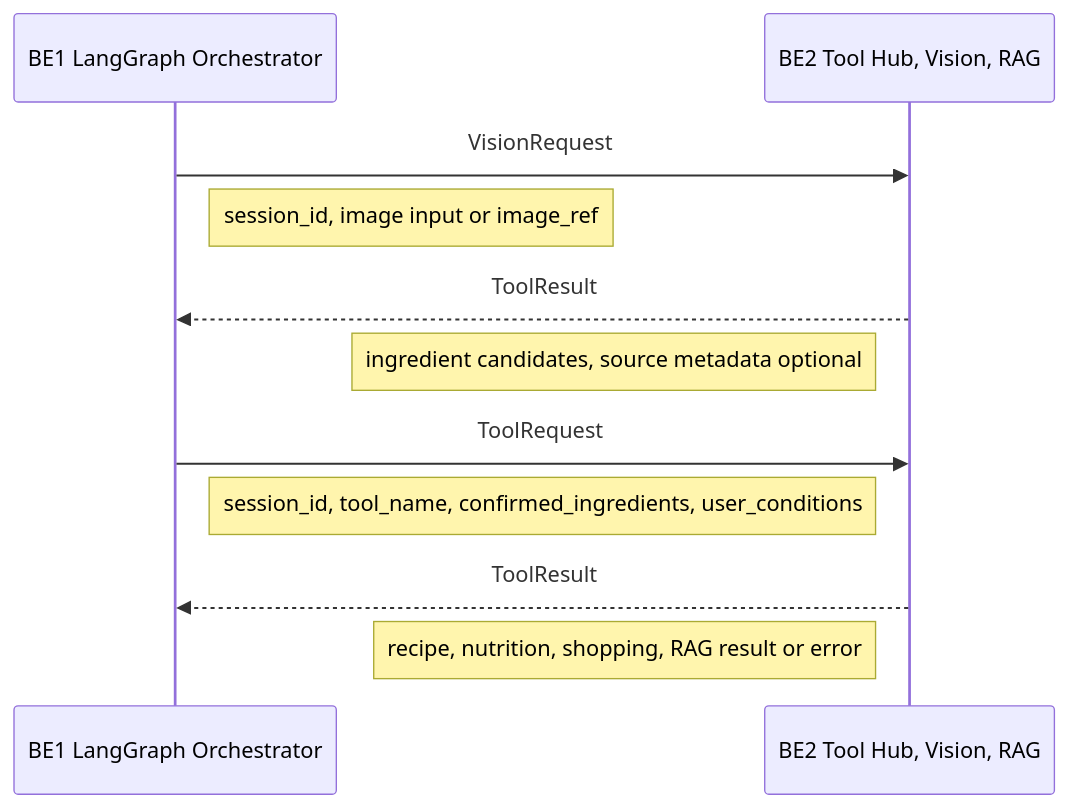
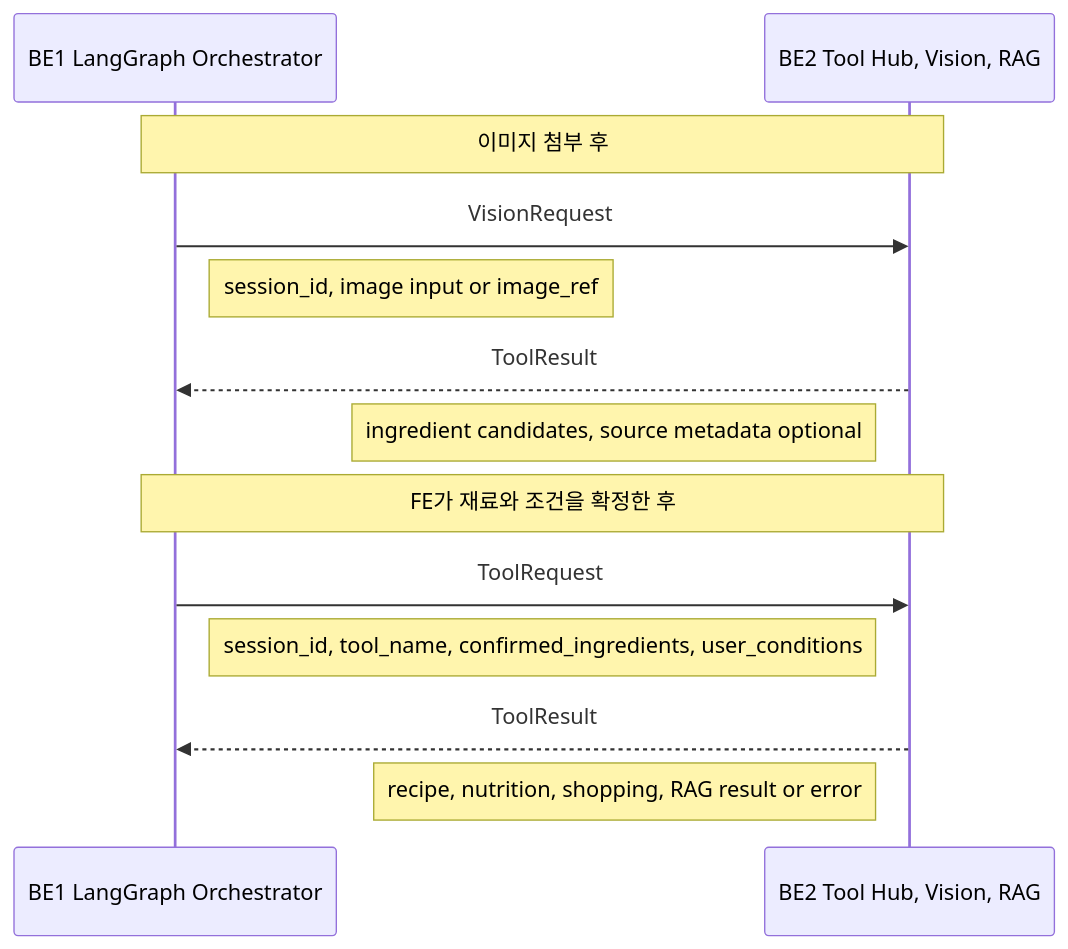
The second of 3 diagrams in docs/data-flow.md (DongJunee/2026_aio2_p2_PlanEat_Backend), drawn with Mermaid before and after one commit. The commit also changed other lines of this file, not shown here.

````diff
--- a/docs/data-flow.md
+++ b/docs/data-flow.md
@@ -48,15 +47,17 @@
 ```mermaid
 sequenceDiagram
     participant BE1 as BE1 LangGraph Orchestrator
     participant BE2 as BE2 Tool Hub, Vision, RAG
 
+    Note over BE1,BE2: 이미지 첨부 후
     BE1->>BE2: VisionRequest
     Note right of BE1: session_id, image input or image_ref
     BE2-->>BE1: ToolResult
     Note left of BE2: ingredient candidates, source metadata optional
 
+    Note over BE1,BE2: FE가 재료와 조건을 확정한 후
     BE1->>BE2: ToolRequest
     Note right of BE1: session_id, tool_name, confirmed_ingredients, user_conditions
     BE2-->>BE1: ToolResult
     Note left of BE2: recipe, nutrition, shopping, RAG result or error
 ```
````
